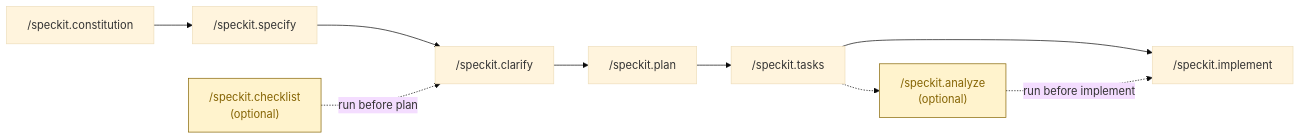
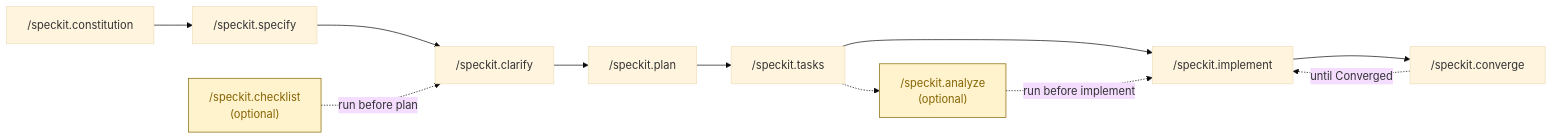
The first of 3 diagrams in splash/src/rollup/context-v/studies/open-specs-and-standards/profiles/Profile__Spec-Kit.md (lossless-group/lossless-ai-labs), drawn with Mermaid (base theme) before and after one commit. The commit also changed other lines of this file and 165 other files, not shown here.

````diff
--- a/splash/src/rollup/context-v/studies/open-specs-and-standards/profiles/Profile__Spec-Kit.md
+++ b/splash/src/rollup/context-v/studies/open-specs-and-standards/profiles/Profile__Spec-Kit.md
@@ -109,15 +111,17 @@
 ```mermaid
 flowchart LR
     C["/speckit.constitution"] --> S["/speckit.specify"]
     S --> CL["/speckit.clarify"]
     CL --> P["/speckit.plan"]
     P --> T["/speckit.tasks"]
     T --> I["/speckit.implement"]
+    I --> CV["/speckit.converge"]
+    CV -.->|until Converged| I
 
     CK["/speckit.checklist<br/>(optional)"] -.->|run before plan| CL
     A["/speckit.analyze<br/>(optional)"] -.->|run before implement| I
     T -.-> A
 
     classDef opt fill:#fff3cd,stroke:#856404,color:#856404
     class CK,A opt
 ```
````
